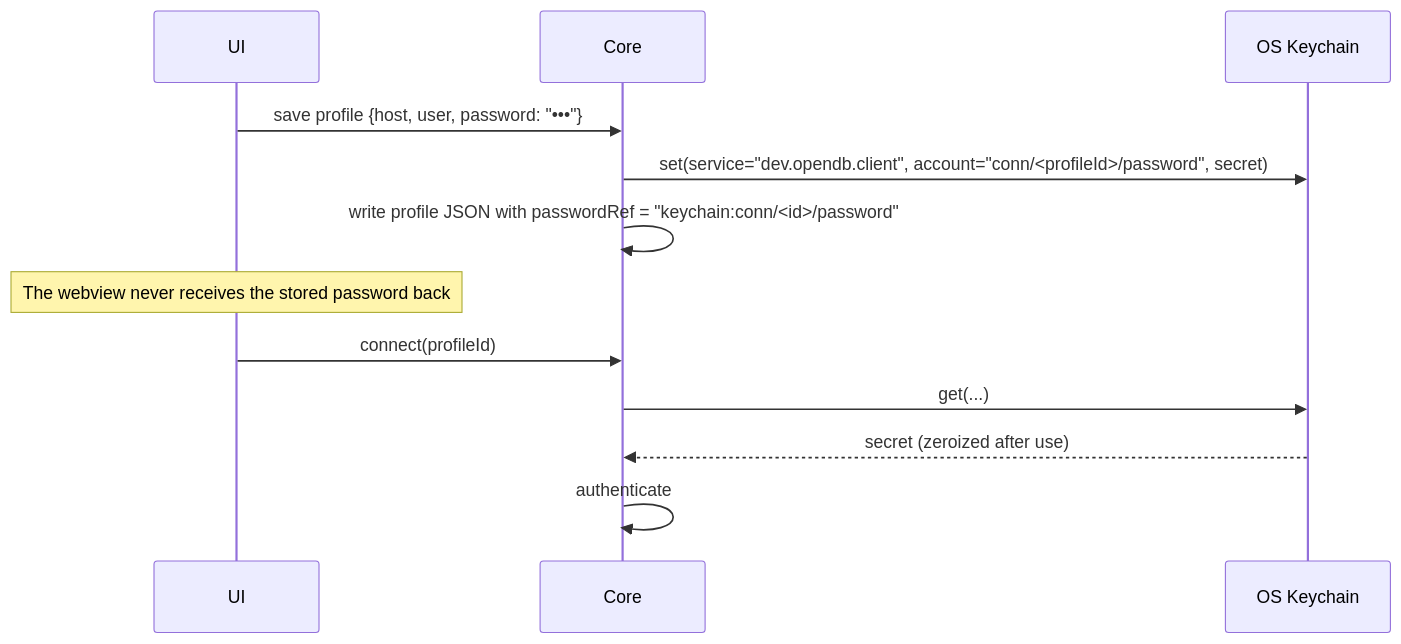
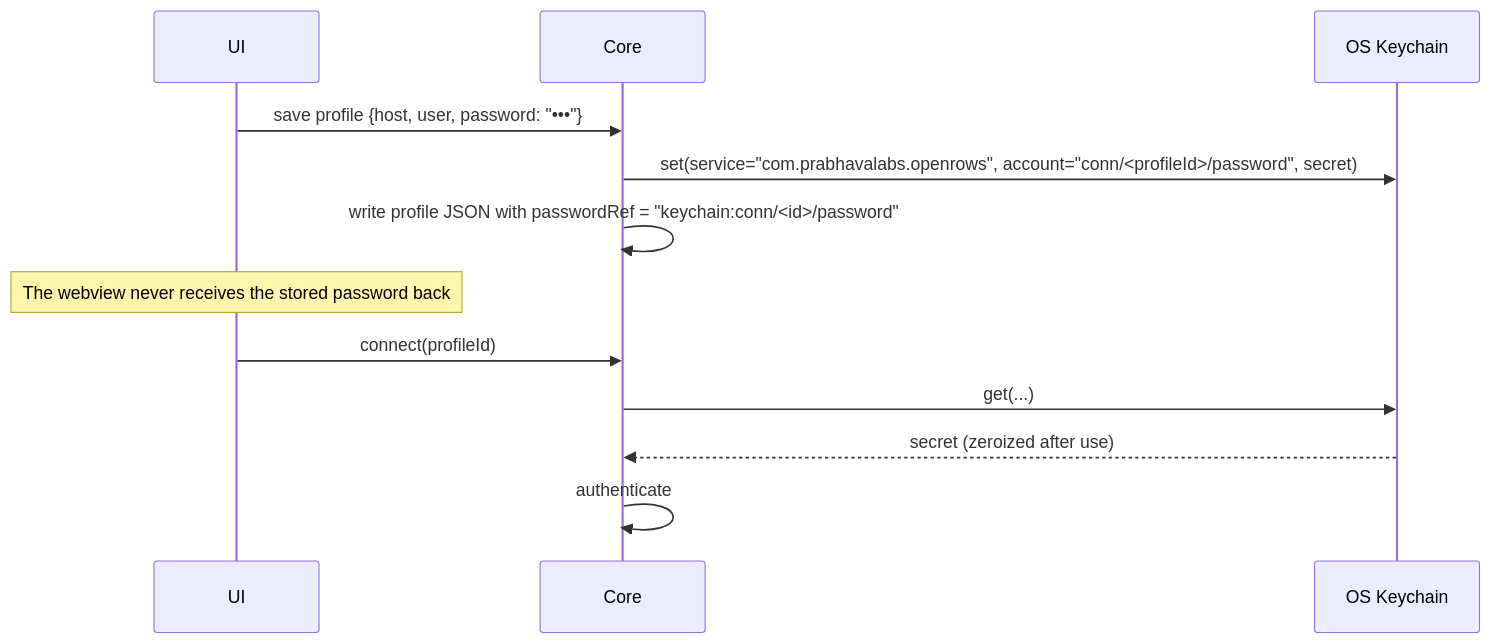
One commit to theetaz/open-rows changed the second of 2 diagrams in docs/12-security.md. Above: the diagram before and after it, drawn with Mermaid. The commit also changed other lines of this file and 31 other files, not shown here.

````diff
--- a/docs/12-security.md
+++ b/docs/12-security.md
@@ -58,15 +58,15 @@
 ```mermaid
 sequenceDiagram
     participant UI
     participant Core
     participant KC as OS Keychain
 
     UI->>Core: save profile {host, user, password: "•••"}
-    Core->>KC: set(service="dev.opendb.client", account="conn/<profileId>/password", secret)
+    Core->>KC: set(service="com.prabhavalabs.openrows", account="conn/<profileId>/password", secret)
     Core->>Core: write profile JSON with passwordRef = "keychain:conn/<id>/password"
     Note over UI: The webview never receives the stored password back
     UI->>Core: connect(profileId)
     Core->>KC: get(...)
     KC-->>Core: secret (zeroized after use)
     Core->>Core: authenticate
 ```
````
